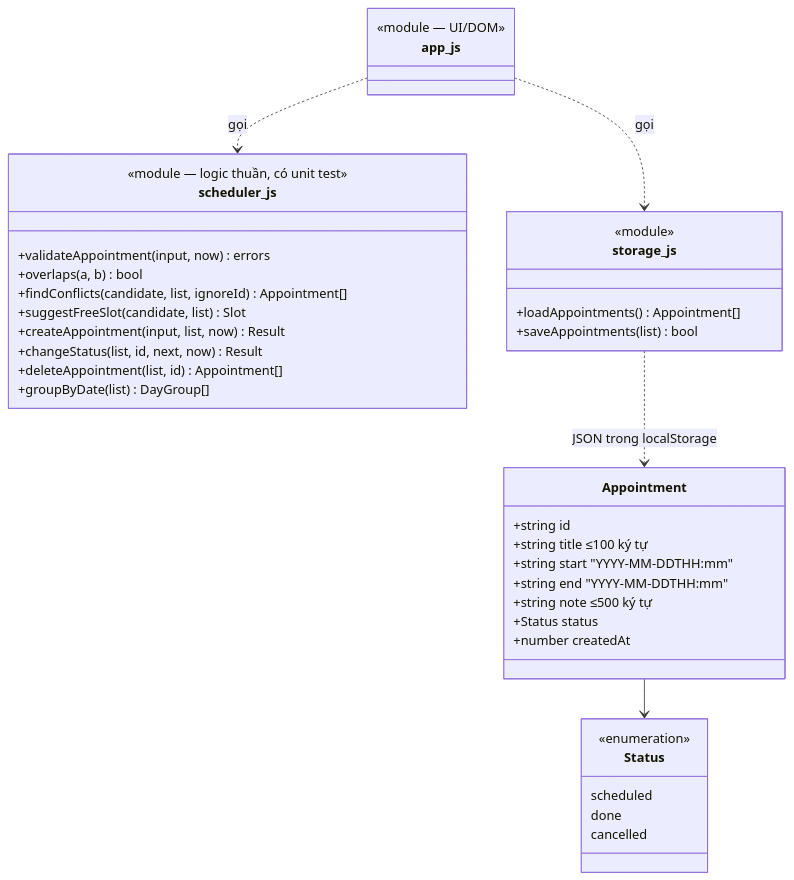
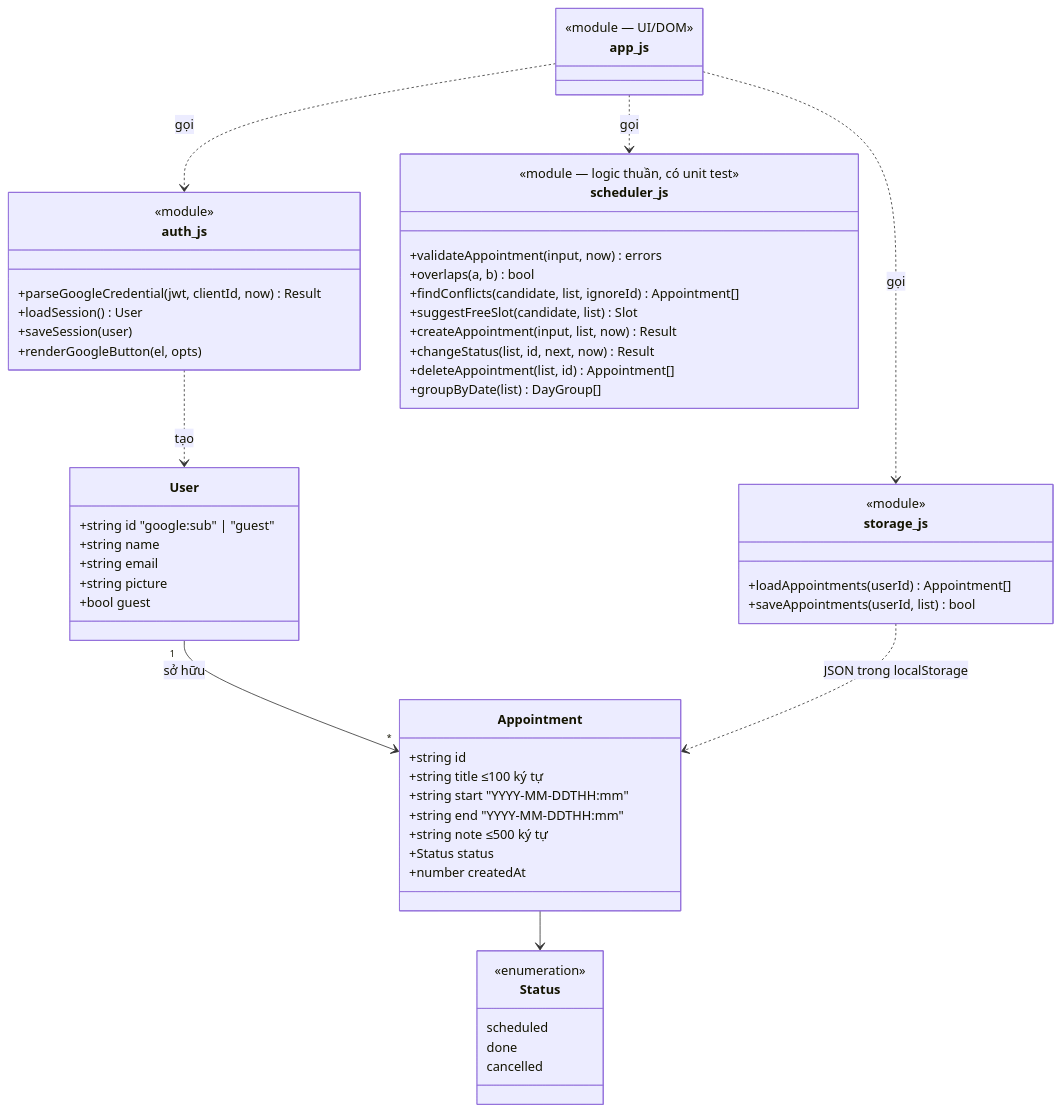
Before and after one commit to trucquynh0709/kits: the second of 4 diagrams in docs/DESIGN.md, drawn with Mermaid. The commit also changed other lines of this file and 8 other files, not shown here.

Commit message:
docs: document Google login — design diagrams, D9, setup guide, test cases, risk R1 update

````diff
--- a/docs/DESIGN.md
+++ b/docs/DESIGN.md
@@ -55,41 +62,58 @@
 ```mermaid
 classDiagram
+    class User {
+        +string id  "google:sub" | "guest"
+        +string name
+        +string email
+        +string picture
+        +bool guest
+    }
+    class auth_js {
+        <<module>>
+        +parseGoogleCredential(jwt, clientId, now) Result
+        +loadSession() User
+        +saveSession(user)
+        +renderGoogleButton(el, opts)
+    }
     class Appointment {
         +string id
         +string title  ≤100 ký tự
         +string start  "YYYY-MM-DDTHH:mm"
         +string end    "YYYY-MM-DDTHH:mm"
         +string note   ≤500 ký tự
         +Status status
         +number createdAt
     }
     class Status {
         <<enumeration>>
         scheduled
         done
         cancelled
     }
     class scheduler_js {
         <<module — logic thuần, có unit test>>
         +validateAppointment(input, now) errors
         +overlaps(a, b) bool
         +findConflicts(candidate, list, ignoreId) Appointment[]
         +suggestFreeSlot(candidate, list) Slot
         +createAppointment(input, list, now) Result
         +changeStatus(list, id, next, now) Result
         +deleteAppointment(list, id) Appointment[]
         +groupByDate(list) DayGroup[]
     }
     class storage_js {
         <<module>>
-        +loadAppointments() Appointment[]
-        +saveAppointments(list) bool
+        +loadAppointments(userId) Appointment[]
+        +saveAppointments(userId, list) bool
     }
     class app_js {
         <<module — UI/DOM>>
     }
+    User "1" --> "*" Appointment : sở hữu
     Appointment --> Status
+    app_js ..> auth_js : gọi
+    auth_js ..> User : tạo
     app_js ..> scheduler_js : gọi
     app_js ..> storage_js : gọi
     storage_js ..> Appointment : JSON trong localStorage
 ```
````
